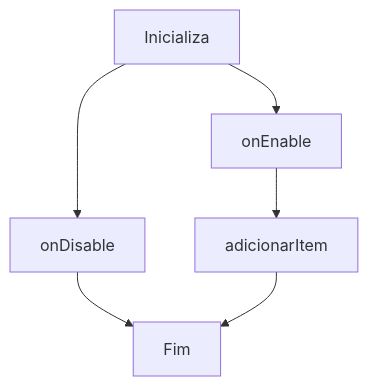
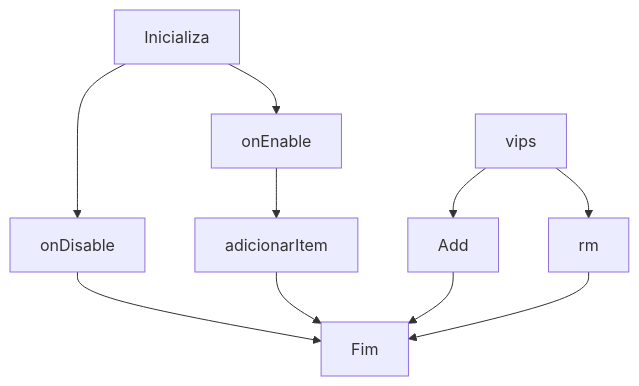
The diagram in README.md (astral123457/bk), drawn with Mermaid before and after one commit.

````diff
--- a/README.md
+++ b/README.md
@@ -64,8 +64,12 @@
 ```mermaid
 graph TD;
     Inicializa-->onEnable;
     Inicializa-->onDisable;
     onEnable-->adicionarItem;
     onDisable-->Fim;
     adicionarItem-->Fim;
+    vips-->Add;
+    vips-->rm;
+    Add-->Fim;
+    rm-->Fim;
 ```
````
